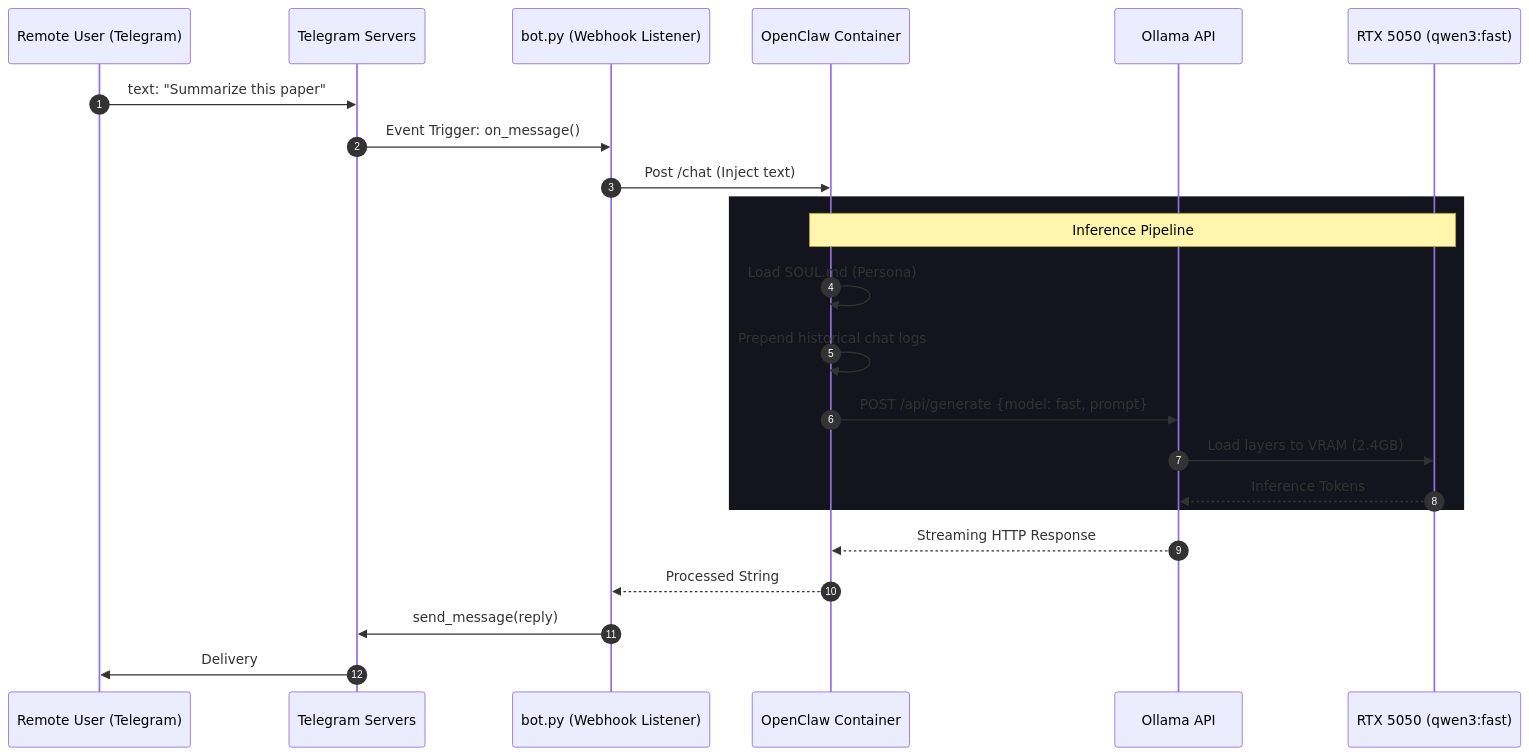
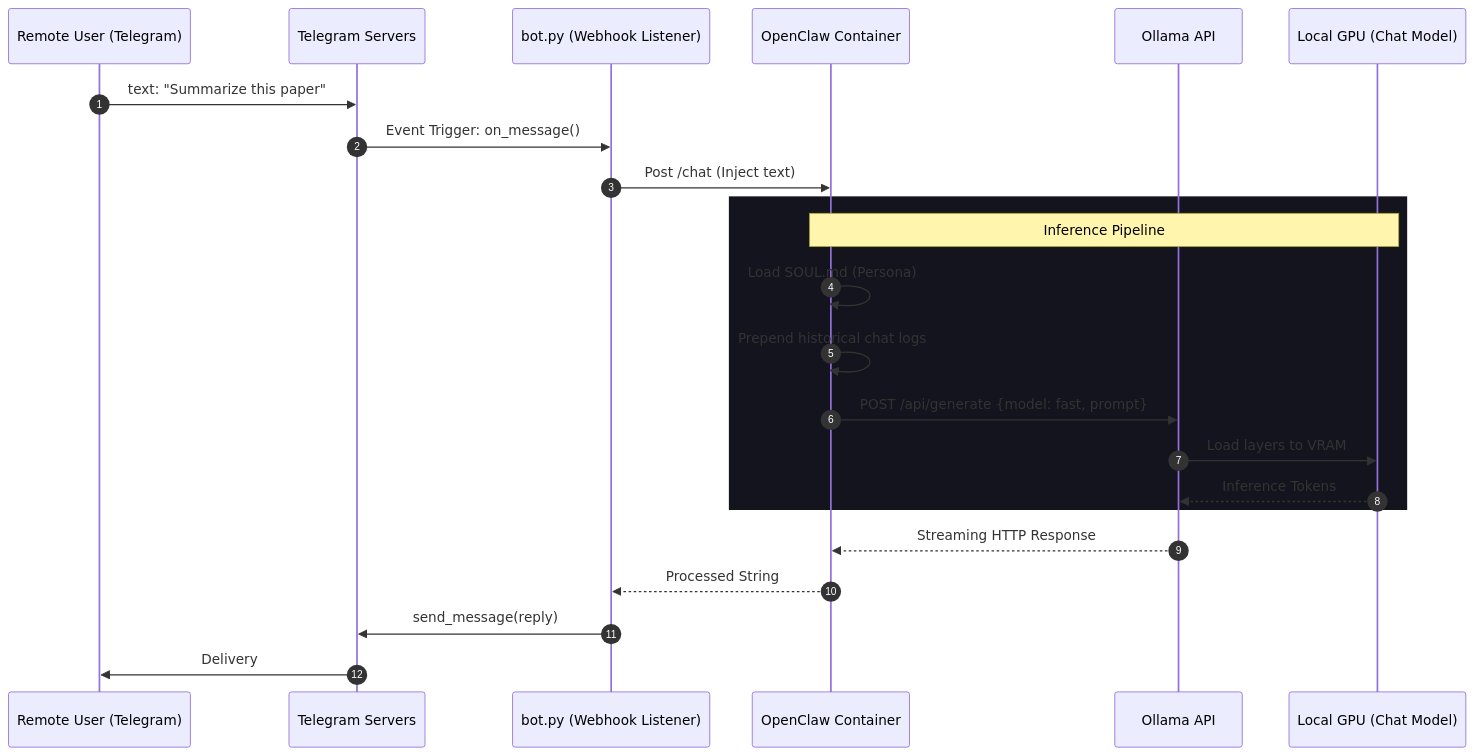
The first of 3 diagrams in DATA_FLOW.md (ArPaN-DS/JobScout-lite), drawn with Mermaid before and after one commit. The commit also changed other lines of this file and 6 other files, not shown here.

````diff
--- a/DATA_FLOW.md
+++ b/DATA_FLOW.md
@@ -11,28 +11,28 @@
 ```mermaid
 sequenceDiagram
     autonumber
     participant User as Remote User (Telegram)
     participant Tele as Telegram Servers
     participant Python as bot.py (Webhook Listener)
     participant OpenClaw as OpenClaw Container
     participant Ollama as Ollama API
-    participant GPU as RTX 5050 (qwen3:fast)
+    participant GPU as Local GPU (Chat Model)
 
     User->>Tele: text: "Summarize this paper"
     Tele->>Python: Event Trigger: on_message()
     Python->>OpenClaw: Post /chat (Inject text)
     
     rect rgb(20, 20, 30)
     Note over OpenClaw,GPU: Inference Pipeline
     OpenClaw->>OpenClaw: Load SOUL.md (Persona)
     OpenClaw->>OpenClaw: Prepend historical chat logs
     OpenClaw->>Ollama: POST /api/generate {model: fast, prompt}
-    Ollama->>GPU: Load layers to VRAM (2.4GB)
+    Ollama->>GPU: Load layers to VRAM
     GPU-->>Ollama: Inference Tokens
     end
     
     Ollama-->>OpenClaw: Streaming HTTP Response
     OpenClaw-->>Python: Processed String
     Python->>Tele: send_message(reply)
     Tele->>User: Delivery
 ```
````
